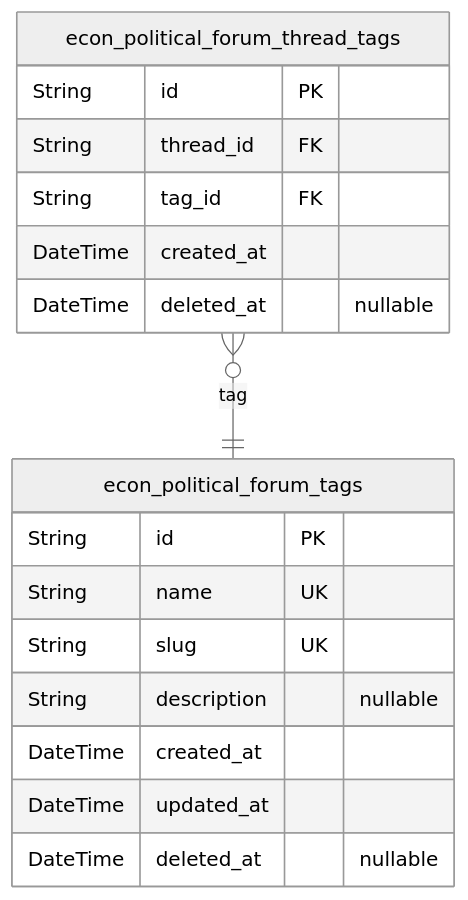
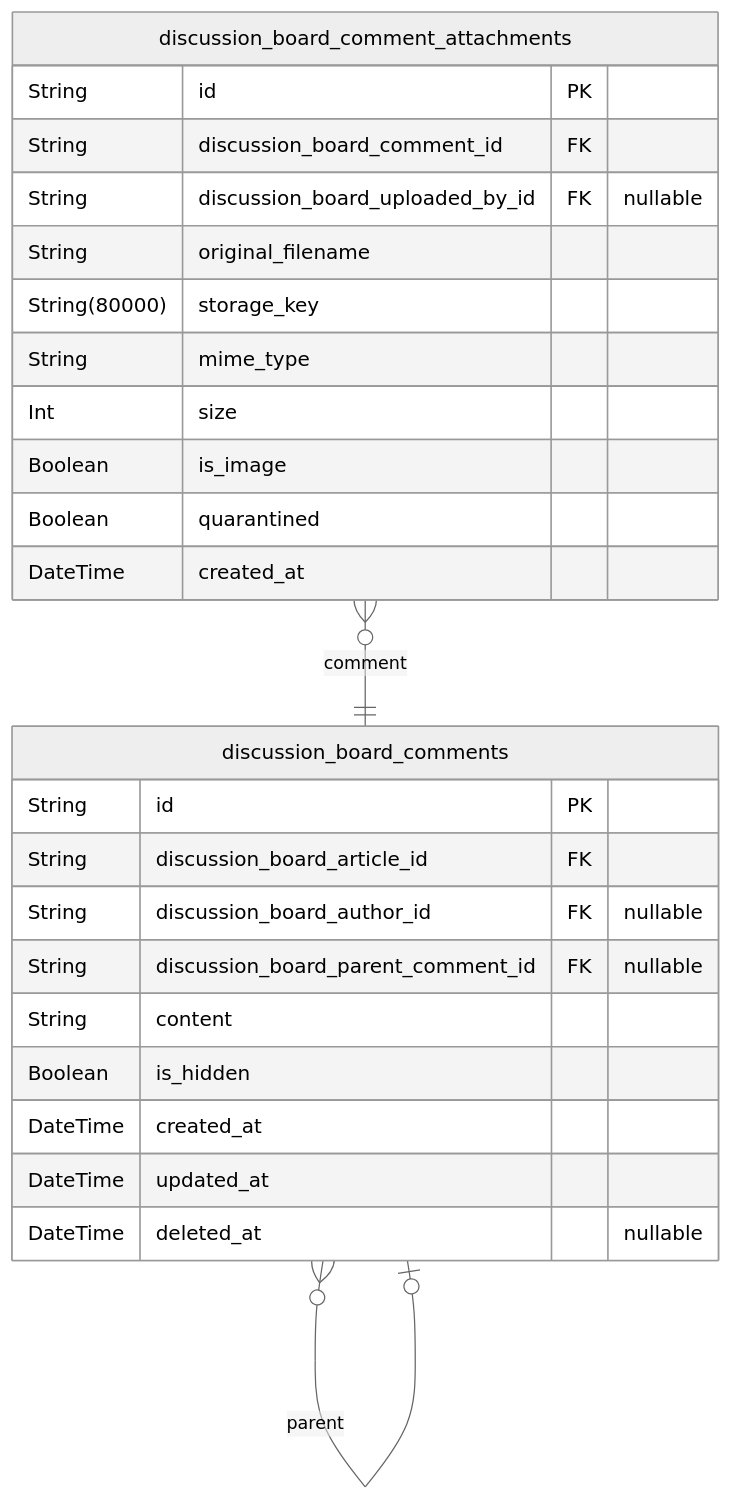
One commit to wrtnlabs/autobe-examples changed the fourth of 7 diagrams in openai/gpt-5-mini/bbs/docs/ERD.md. Above: the diagram before and after it, drawn with Mermaid (neutral theme). The commit also changed other lines of this file and 16146 other files, not shown here.

````diff
--- a/openai/gpt-5-mini/bbs/docs/ERD.md
+++ b/openai/gpt-5-mini/bbs/docs/ERD.md
@@ -472,20 +496,28 @@
 ```mermaid
 erDiagram
-"econ_political_forum_tags" {
+"discussion_board_comments" {
   String id PK
-  String name UK
-  String slug UK
-  String description "nullable"
+  String discussion_board_article_id FK
+  String discussion_board_author_id FK "nullable"
+  String discussion_board_parent_comment_id FK "nullable"
+  String content
+  Boolean is_hidden
   DateTime created_at
   DateTime updated_at
   DateTime deleted_at "nullable"
 }
-"econ_political_forum_thread_tags" {
+"discussion_board_comment_attachments" {
   String id PK
-  String thread_id FK
-  String tag_id FK
+  String discussion_board_comment_id FK
+  String discussion_board_uploaded_by_id FK "nullable"
+  String original_filename
+  String(80000) storage_key
+  String mime_type
+  Int size
+  Boolean is_image
+  Boolean quarantined
   DateTime created_at
-  DateTime deleted_at "nullable"
 }
-"econ_political_forum_thread_tags" }o--|| "econ_political_forum_tags" : tag
+"discussion_board_comments" }o--o| "discussion_board_comments" : parent
+"discussion_board_comment_attachments" }o--|| "discussion_board_comments" : comment
 ```
````
